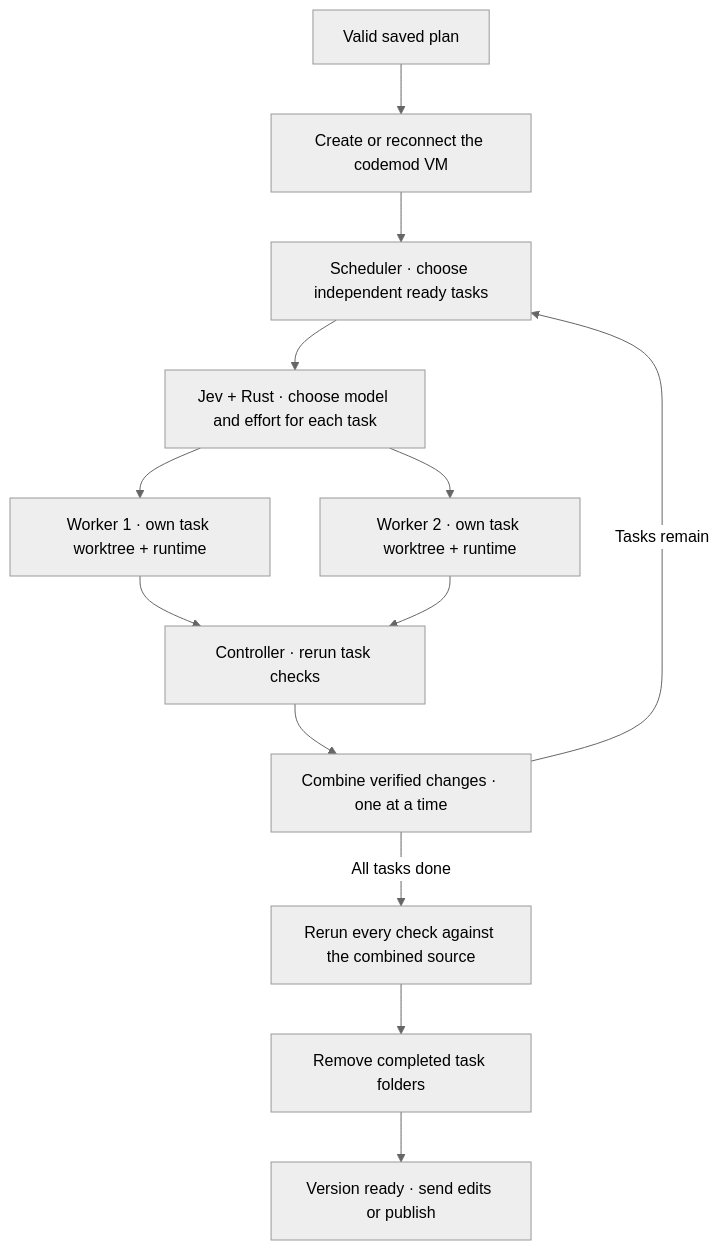
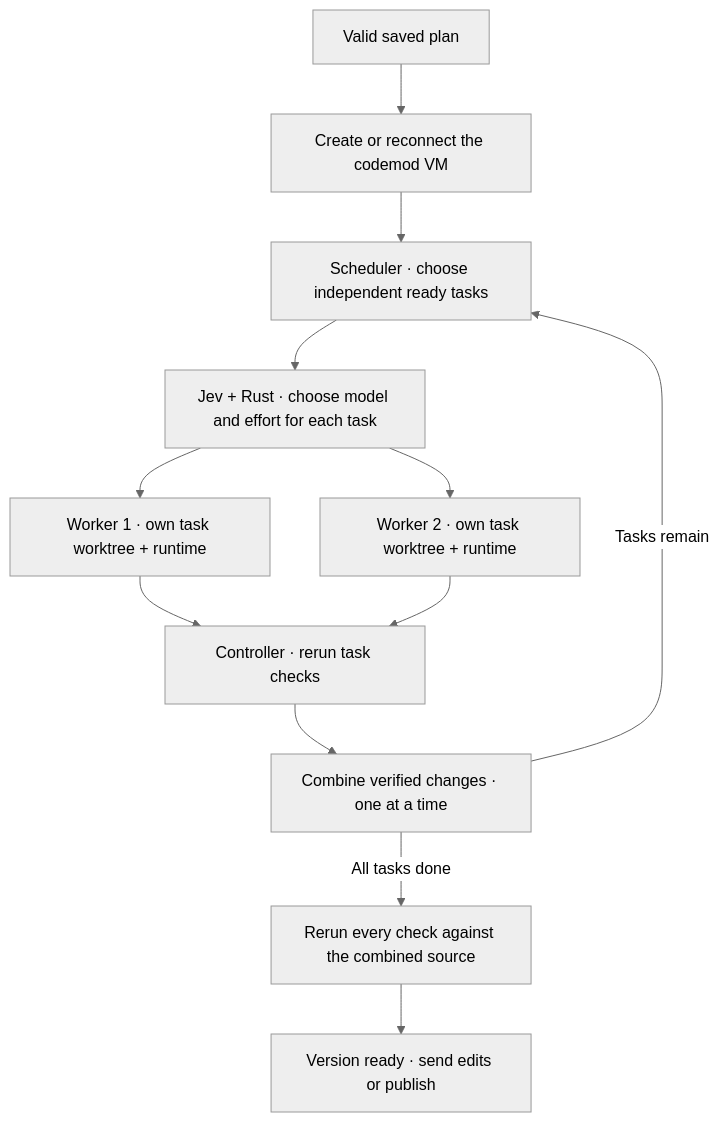
Before and after one commit to minimumeffort-dev/sprowt.harness: the first of 6 diagrams in docs/execution.md, drawn with Mermaid (neutral theme). The commit also changed other lines of this file and 13 other files, not shown here.

````diff
--- a/docs/execution.md
+++ b/docs/execution.md
@@ -5,15 +5,14 @@
 ```mermaid
 flowchart TB
     plan["Valid saved plan"] --> vm["Create or reconnect the codemod VM"]
     vm --> task["Scheduler · choose independent ready tasks"]
     task --> route["Jev + Rust · choose model and effort for each task"]
     route --> first["Worker 1 · own task worktree + runtime"]
     route --> second["Worker 2 · own task worktree + runtime"]
     first --> checks["Controller · rerun task checks"]
     second --> checks
     checks --> merge["Combine verified changes · one at a time"]
     merge -->|"Tasks remain"| task
     merge -->|"All tasks done"| final["Rerun every check against the combined source"]
-    final --> cleanup["Remove completed task folders"]
-    cleanup --> ready["Version ready · send edits or publish"]
+    final --> ready["Version ready · send edits or publish"]
 ```
````
